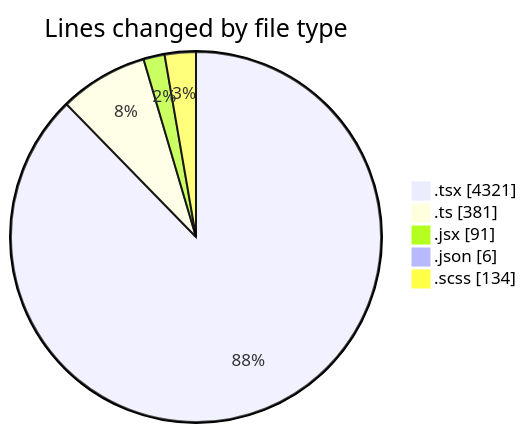
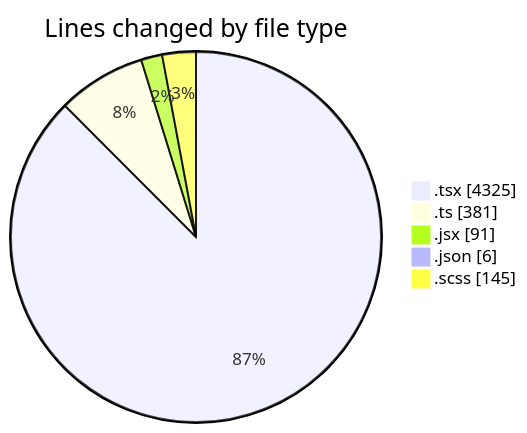
One commit to momahboobian/code-tracking changed the first of 2 diagrams in 2026-04-27/cda/README.md. Above: the diagram before and after it, drawn with Mermaid. The commit also changed other lines of this file and 1 other file, not shown here.

````diff
--- a/2026-04-27/cda/README.md
+++ b/2026-04-27/cda/README.md
@@ -40,9 +40,9 @@
 ```mermaid
 pie showData
 title Lines changed by file type
-".tsx" : 4321
+".tsx" : 4325
 ".ts" : 381
 ".jsx" : 91
 ".json" : 6
-".scss" : 134
+".scss" : 145
 ```
````
